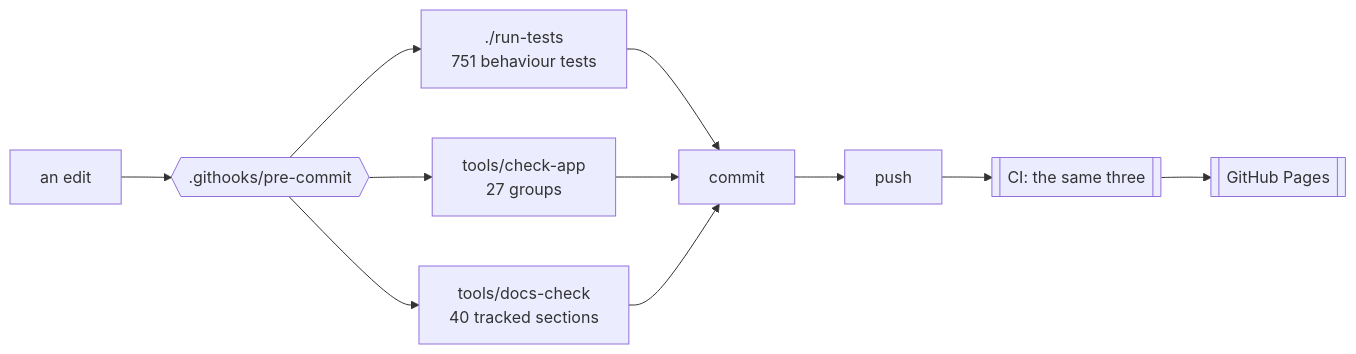
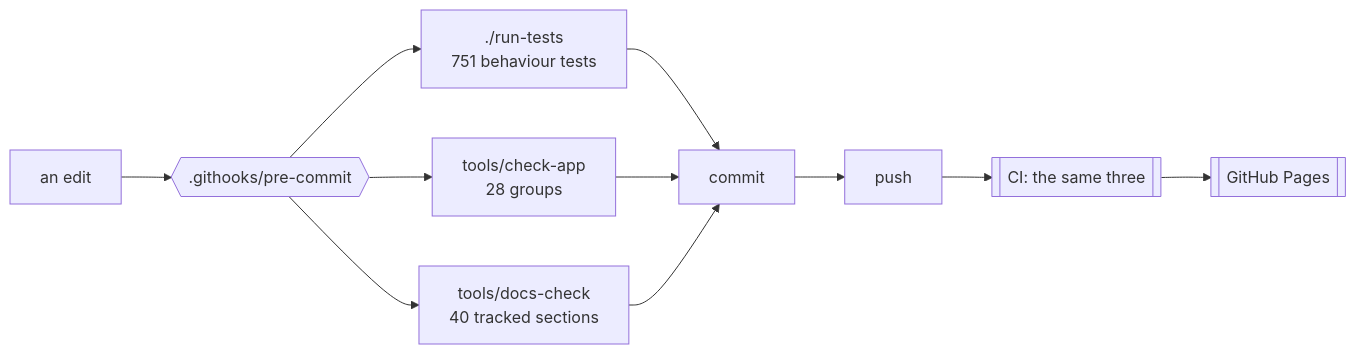
Before and after one commit to minormending/crystal-pilot-mobile: the first of 2 diagrams in docs/DEVELOPING.md, drawn with Mermaid. The commit also changed other lines of this file and 4 other files, not shown here.

````diff
--- a/docs/DEVELOPING.md
+++ b/docs/DEVELOPING.md
@@ -15,12 +15,12 @@
 ```mermaid
 flowchart LR
     E[an edit] --> H{{".githooks/pre-commit"}}
     H --> T["./run-tests<br/>751 behaviour tests"]
-    H --> C["tools/check-app<br/>27 groups"]
+    H --> C["tools/check-app<br/>28 groups"]
     H --> D["tools/docs-check<br/>40 tracked sections"]
     T --> OK[commit]
     C --> OK
     D --> OK
     OK --> P[push] --> CI[["CI: the same three"]]
     CI --> PG[[GitHub Pages]]
 ```
````
